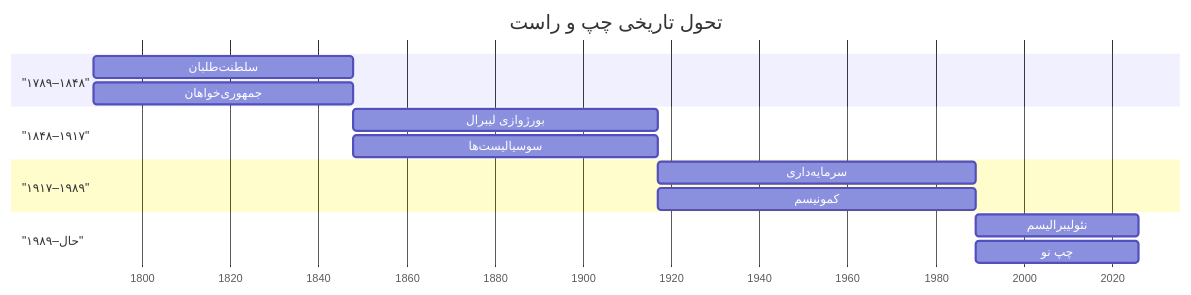
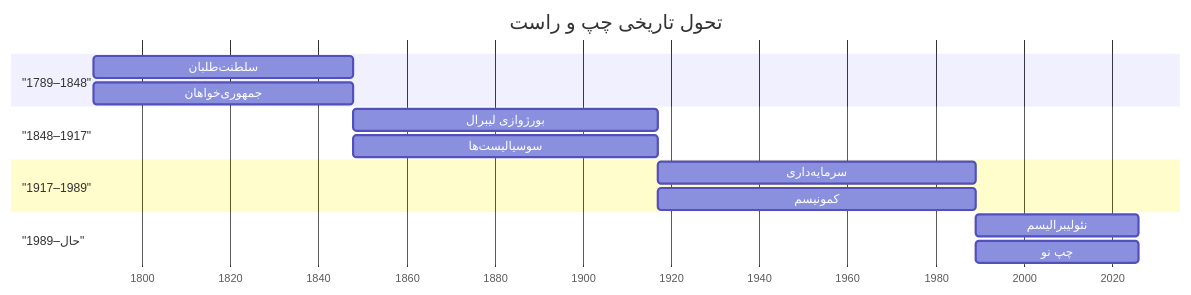
The first of 24 diagrams in src/content/Archive/راست یا چپ مساله کجاست.mdx (mahhdy/MahdiSalem.com), drawn with Mermaid before and after one commit. The commit also changed other lines of this file and 38 other files, not shown here.

First line of the commit message:
Mermaid Graphs Fixed .. shadow couart some adjustments and text review is done.. telegram Feed is optimized

````diff
--- a/src/content/Archive/راست یا چپ مساله کجاست.mdx
+++ b/src/content/Archive/راست یا چپ مساله کجاست.mdx
@@ -171,22 +171,22 @@
 ```mermaid
 gantt
     title تحول تاریخی چپ و راست
     dateFormat YYYY
     axisFormat %Y
-    
-    section "۱۷۸۹–۱۸۴۸"
+
+    section "1789–1848"
     سلطنت‌طلبان :1789, 59y
     جمهوری‌خواهان :1789, 59y
-    
-    section "۱۸۴۸–۱۹۱۷" 
+
+    section "1848–1917"
     بورژوازی لیبرال :1848, 69y
     سوسیالیست‌ها :1848, 69y
-    
-    section "۱۹۱۷–۱۹۸۹"
+
+    section "1917–1989"
     سرمایه‌داری :1917, 72y
     کمونیسم :1917, 72y
-    
-    section "۱۹۸۹–حال"
+
+    section "1989–حال"
     نئولیبرالیسم :1989, 37y
     چپ نو :1989, 37y
 ```
````
